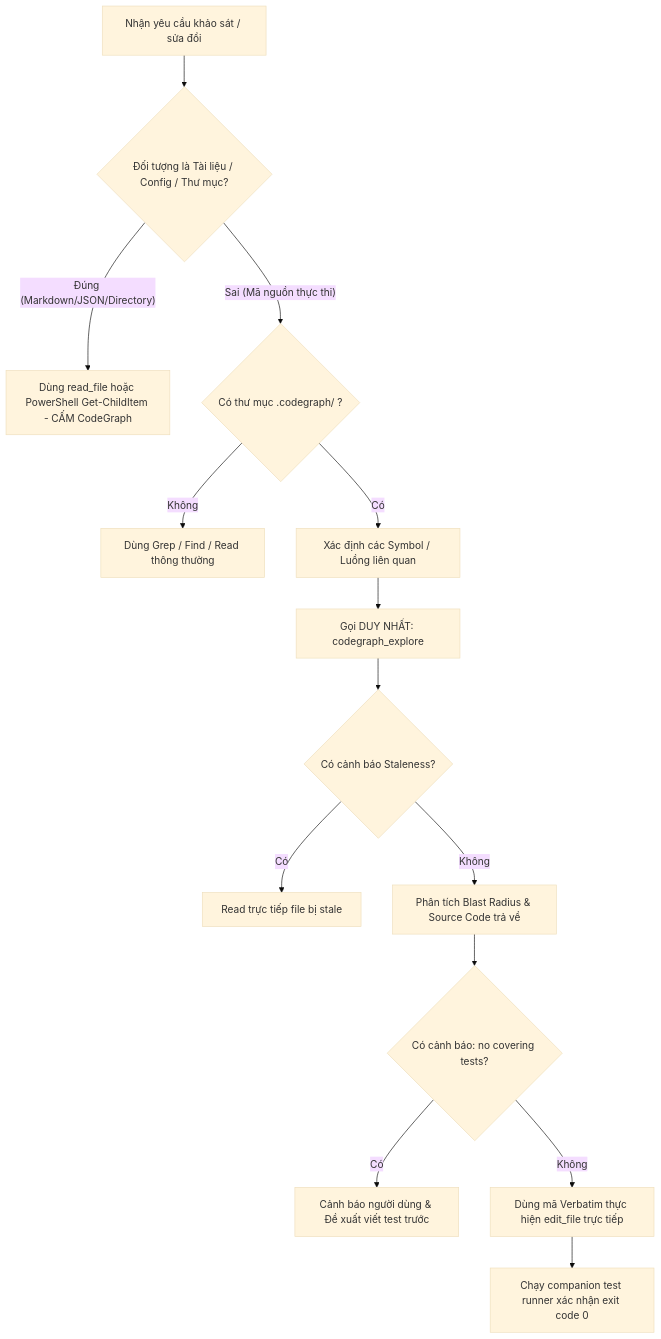
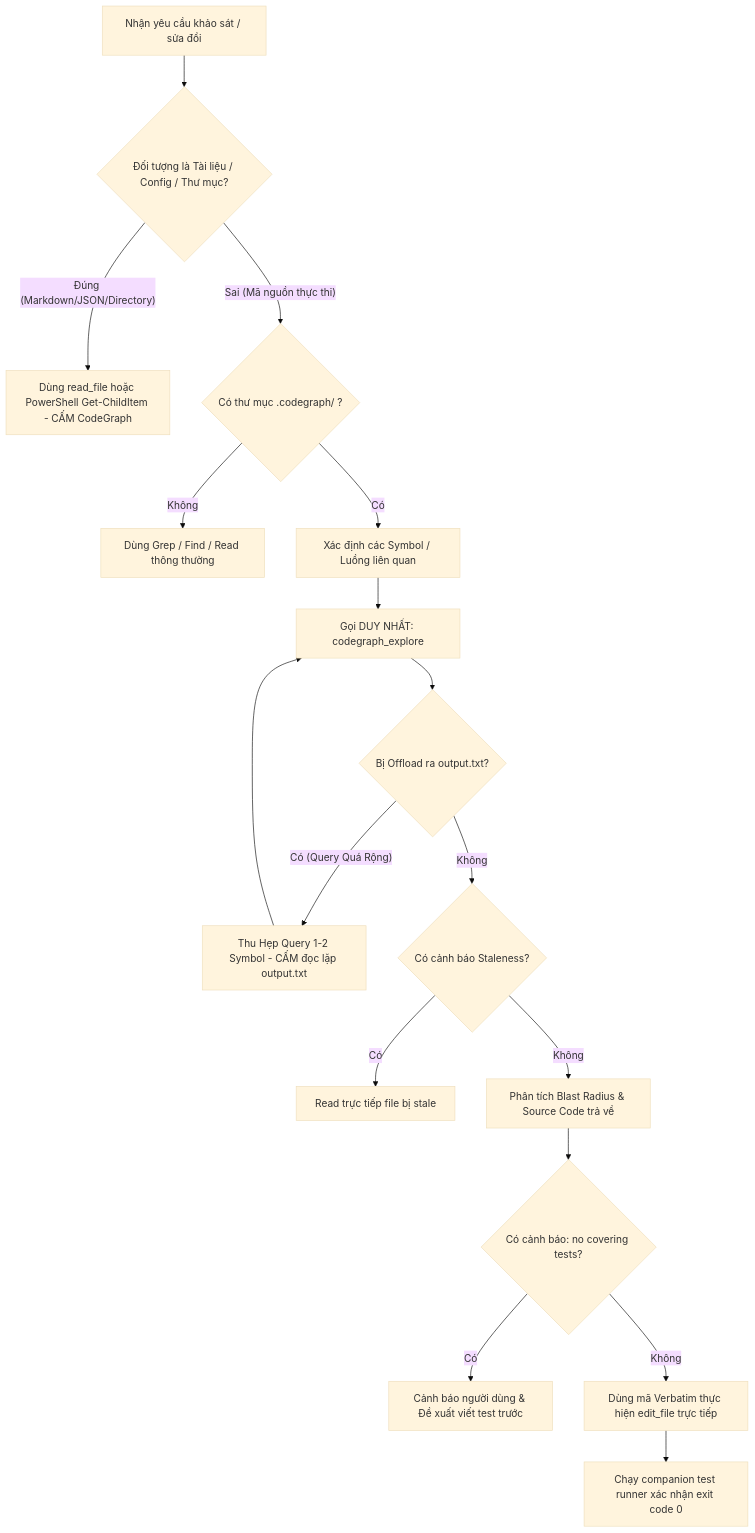
Before and after one commit to vuthuonghai-steve/auto-rep-zalo: the diagram in .agents/skills/codegraph-mastery/SKILL.md, drawn with Mermaid (base theme). The commit also changed other lines of this file and 9 other files, not shown here.

````diff
--- a/.agents/skills/codegraph-mastery/SKILL.md
+++ b/.agents/skills/codegraph-mastery/SKILL.md
@@ -95,16 +106,18 @@
 ```mermaid
 flowchart TD
     A[Nhận yêu cầu khảo sát / sửa đổi] --> B{Đối tượng là Tài liệu / Config / Thư mục?}
     B -- Đúng (Markdown/JSON/Directory) --> C[Dùng read_file hoặc PowerShell Get-ChildItem - CẤM CodeGraph]
     B -- Sai (Mã nguồn thực thi) --> D{Có thư mục .codegraph/ ?}
     D -- Không --> E[Dùng Grep / Find / Read thông thường]
     D -- Có --> F[Xác định các Symbol / Luồng liên quan]
     F --> G[Gọi DUY NHẤT: codegraph_explore]
-    G --> H{Có cảnh báo Staleness?}
-    H -- Có --> I[Read trực tiếp file bị stale]
-    H -- Không --> J[Phân tích Blast Radius & Source Code trả về]
-    J --> K{Có cảnh báo: no covering tests?}
-    K -- Có --> L[Cảnh báo người dùng & Đề xuất viết test trước]
-    K -- Không --> M[Dùng mã Verbatim thực hiện edit_file trực tiếp]
-    M --> N[Chạy companion test runner xác nhận exit code 0]
+    G --> H{Bị Offload ra output.txt?}
+    H -- Có (Query Quá Rộng) --> H1[Thu Hẹp Query 1-2 Symbol - CẤM đọc lặp output.txt] --> G
+    H -- Không --> I{Có cảnh báo Staleness?}
+    I -- Có --> J[Read trực tiếp file bị stale]
+    I -- Không --> K[Phân tích Blast Radius & Source Code trả về]
+    K --> L{Có cảnh báo: no covering tests?}
+    L -- Có --> M[Cảnh báo người dùng & Đề xuất viết test trước]
+    L -- Không --> N[Dùng mã Verbatim thực hiện edit_file trực tiếp]
+    N --> O[Chạy companion test runner xác nhận exit code 0]
 ```
````
